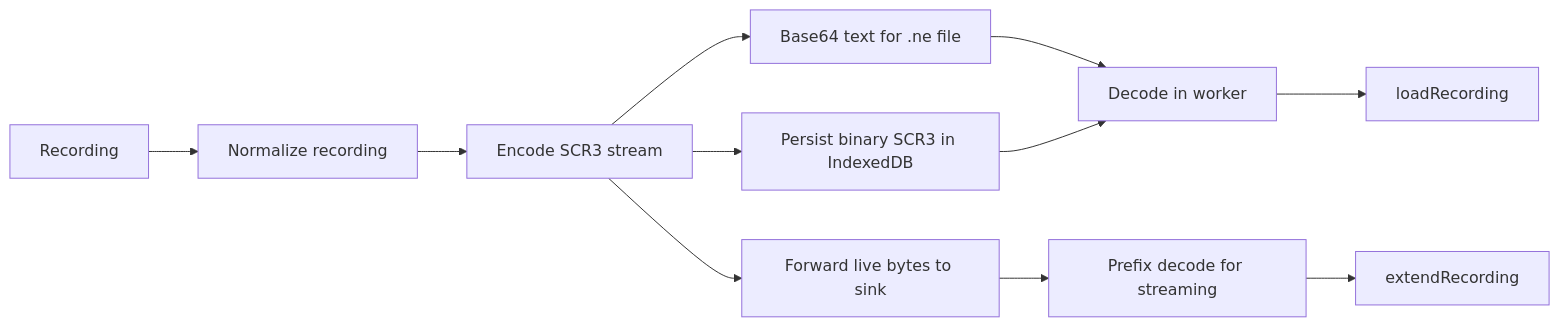
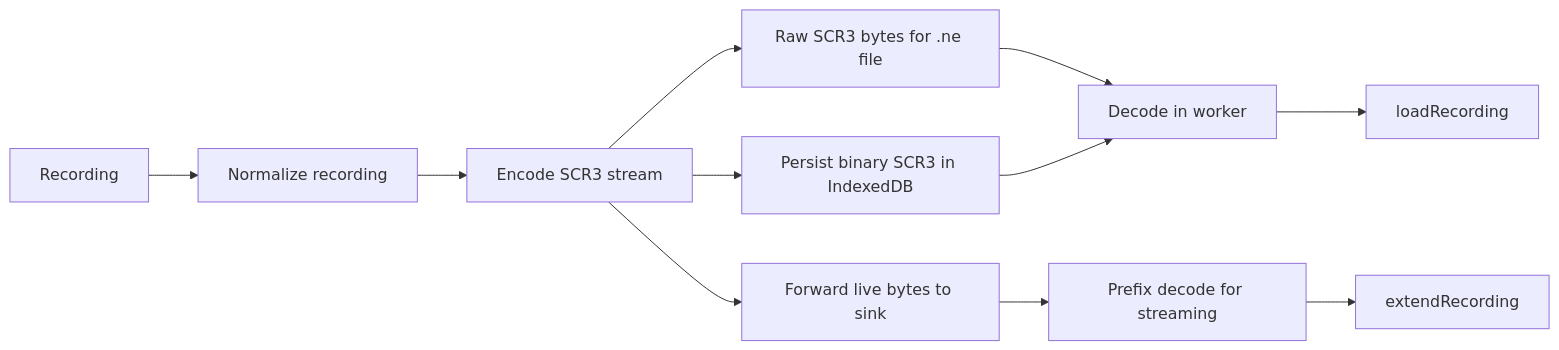
Before and after one commit to channyeintun/next-editor: the fourth of 5 diagrams in docs/data-flow.md, drawn with Mermaid. The commit also changed other lines of this file and 5 other files, not shown here.

First line of the commit message:
Correct docs to reflect binary-only .ne and single schema version 4

````diff
--- a/docs/data-flow.md
+++ b/docs/data-flow.md
@@ -132,13 +132,13 @@
 ```mermaid
 flowchart LR
     Recording --> Normalize[Normalize recording]
     Normalize --> Encode[Encode SCR3 stream]
-    Encode --> Base64[Base64 text for .ne file]
+    Encode --> NeFile[Raw SCR3 bytes for .ne file]
     Encode --> IndexedDB[Persist binary SCR3 in IndexedDB]
     Encode --> Live[Forward live bytes to sink]
-    Base64 --> Decode[Decode in worker]
+    NeFile --> Decode[Decode in worker]
     IndexedDB --> Decode
     Live --> PrefixDecode[Prefix decode for streaming]
     Decode --> Load[loadRecording]
     PrefixDecode --> Extend[extendRecording]
 ```
````
